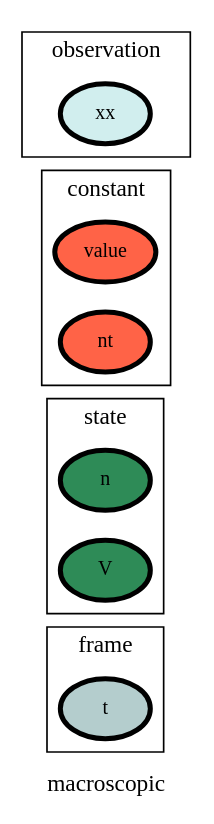
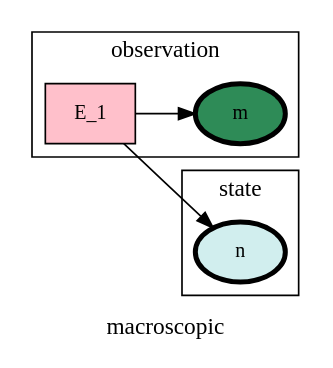
One commit to heinz-preisig/processes_distributed_no_interface_eqs changed the diagram in ontology_graphs/graph__macroscopic.dot. Above: the diagram before and after it, drawn with Graphviz. The commit also changed 86 other files, not shown here.

```diff
--- a/ontology_graphs/graph__macroscopic.dot
+++ b/ontology_graphs/graph__macroscopic.dot
@@ -1,85 +1,84 @@
 digraph macroscopic {
 label=macroscopic;
 rankdir=LR;
 subgraph cluster_macroscopic___transport {
 label=transport;
 rankdir=LR;
 }
 
 subgraph cluster_macroscopic___geometry {
 label=geometry;
 rankdir=LR;
 }
 
 subgraph cluster_macroscopic___properties {
 label=properties;
 rankdir=LR;
 }
 
 subgraph cluster_macroscopic___network {
 label=network;
 rankdir=LR;
 }
 
 subgraph cluster_macroscopic___differenceOperator {
 label=differenceOperator;
 rankdir=LR;
 }
 
 subgraph cluster_macroscopic___frame {
 label=frame;
 rankdir=LR;
-V_1 [fillcolor=lightcyan3, fontsize=12, label=t, penwidth=3, style=filled];
 }
 
 subgraph cluster_macroscopic___state {
 label=state;
 rankdir=LR;
-V_2 [fillcolor=seagreen4, fontsize=12, label=n, penwidth=3, style=filled];
-V_3 [fillcolor=seagreen4, fontsize=12, label=V, penwidth=3, style=filled];
+V_1 [fillcolor=lightcyan2, fontsize=12, label=n, penwidth=3, style=filled];
 }
 
 subgraph cluster_macroscopic___constant {
 label=constant;
 rankdir=LR;
-V_6 [fillcolor=tomato, fontsize=12, label=value, penwidth=3, style=filled];
-V_7 [fillcolor=tomato, fontsize=12, label=nt, penwidth=3, style=filled];
 }
 
 subgraph cluster_macroscopic___effort {
 label=effort;
 rankdir=LR;
 }
 
 subgraph cluster_macroscopic___secondaryState {
 label=secondaryState;
 rankdir=LR;
 }
 
 subgraph cluster_macroscopic___conversion {
 label=conversion;
 rankdir=LR;
 }
 
 subgraph cluster_macroscopic___diffState {
 label=diffState;
 rankdir=LR;
 }
 
 subgraph cluster_macroscopic___internalTransport {
 label=internalTransport;
 rankdir=LR;
 }
 
 subgraph cluster_macroscopic___controlInput {
 label=controlInput;
 rankdir=LR;
 }
 
+E_1 -> V_1  [splines=ortho];
 subgraph cluster_macroscopic___observation {
 label=observation;
 rankdir=LR;
-V_9 [fillcolor=lightcyan2, fontsize=12, label=xx, penwidth=3, style=filled];
+V_2 [fillcolor=seagreen, fontsize=12, label=m, penwidth=3, style=filled];
+E_1 [fillcolor=pink, fontsize=12, shape=box, style=filled];
+E_1 -> V_2  [splines=ortho];
 }
 
 }
```
